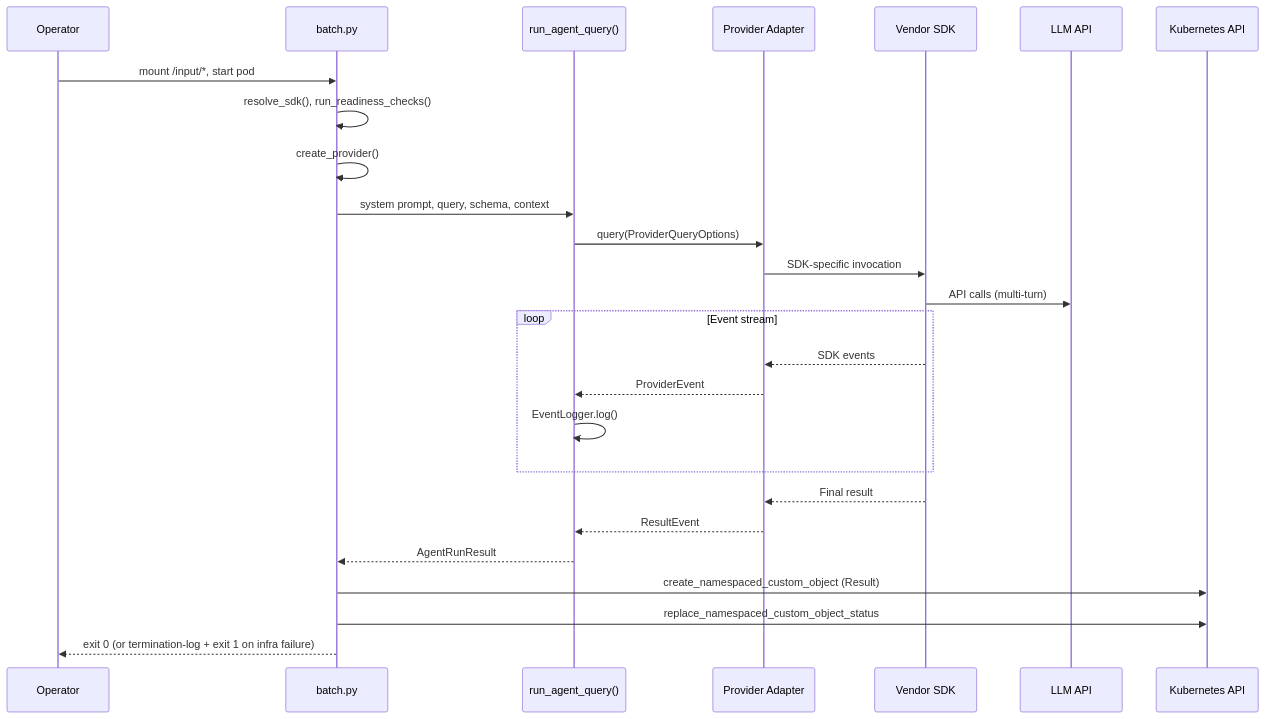
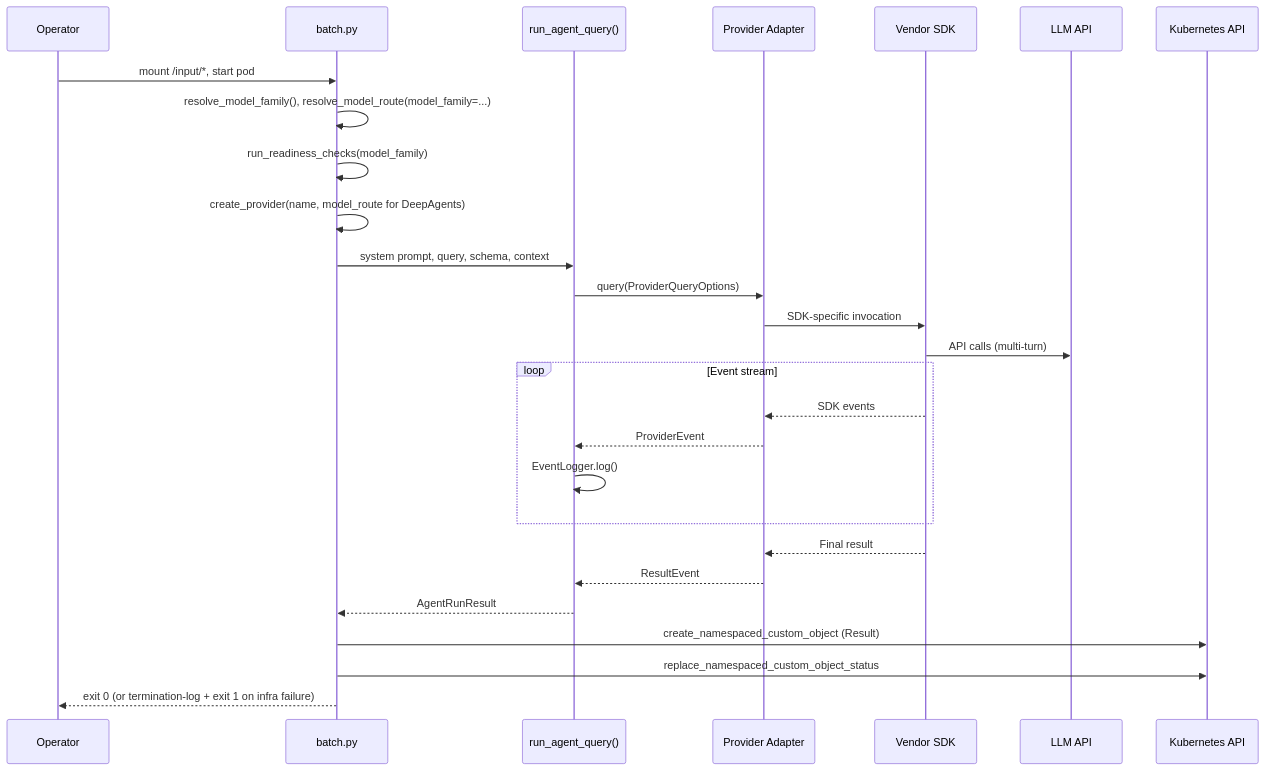
The third of 4 diagrams in ARCHITECTURE.md (asamal4/lightspeed-agentic-sandbox), drawn with Mermaid before and after one commit. The commit also changed other lines of this file and 29 other files, not shown here.

Commit message:
OLS-4466: Decouple Anthropic model routing from DeepAgents

````diff
--- a/ARCHITECTURE.md
+++ b/ARCHITECTURE.md
@@ -84,31 +86,32 @@
 ```mermaid
 sequenceDiagram
     participant Op as Operator
     participant Batch as batch.py
     participant Agent as run_agent_query()
     participant Provider as Provider Adapter
     participant SDK as Vendor SDK
     participant LLM as LLM API
     participant K8s as Kubernetes API
 
     Op->>Batch: mount /input/*, start pod
-    Batch->>Batch: resolve_sdk(), run_readiness_checks()
-    Batch->>Batch: create_provider()
+    Batch->>Batch: resolve_model_family(), resolve_model_route(model_family=...)
+    Batch->>Batch: run_readiness_checks(model_family)
+    Batch->>Batch: create_provider(name, model_route for DeepAgents)
     Batch->>Agent: system prompt, query, schema, context
     Agent->>Provider: query(ProviderQueryOptions)
     Provider->>SDK: SDK-specific invocation
     SDK->>LLM: API calls (multi-turn)
 
     loop Event stream
         SDK-->>Provider: SDK events
         Provider-->>Agent: ProviderEvent
         Agent->>Agent: EventLogger.log()
     end
 
     SDK-->>Provider: Final result
     Provider-->>Agent: ResultEvent
     Agent-->>Batch: AgentRunResult
     Batch->>K8s: create_namespaced_custom_object (Result)
     Batch->>K8s: replace_namespaced_custom_object_status
     Batch-->>Op: exit 0 (or termination-log + exit 1 on infra failure)
 ```
````
